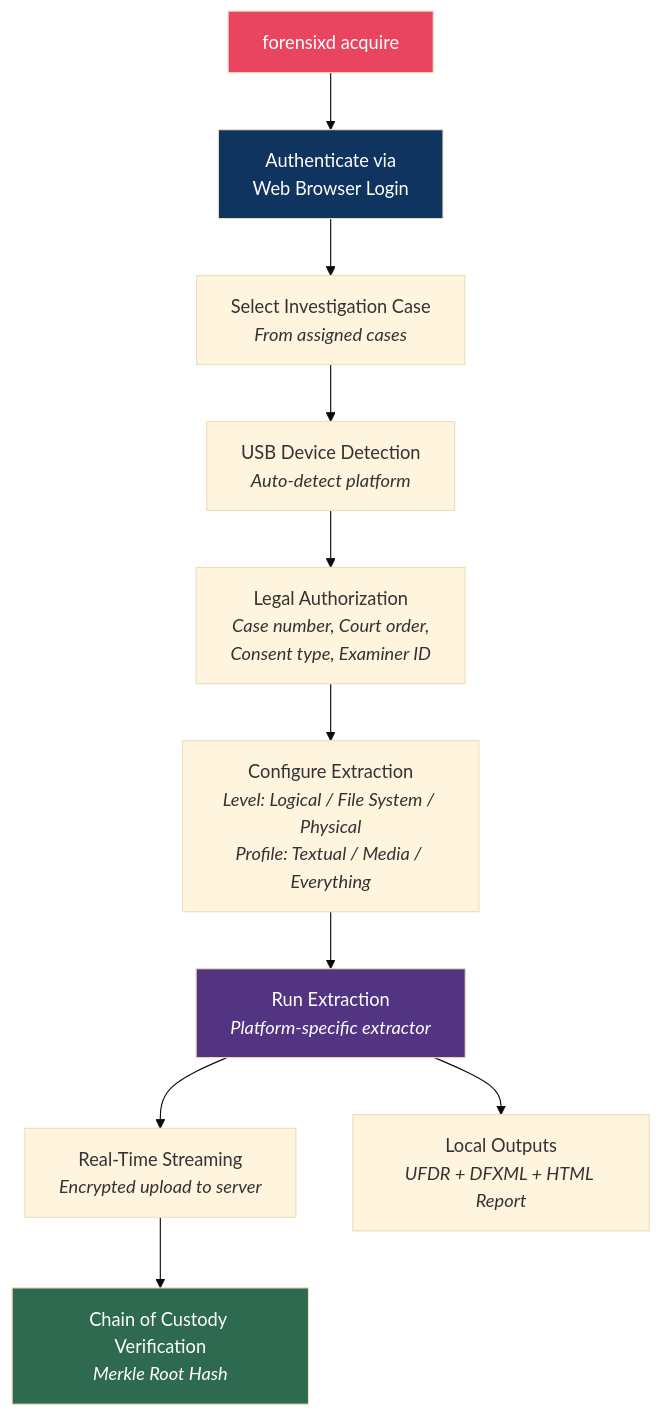
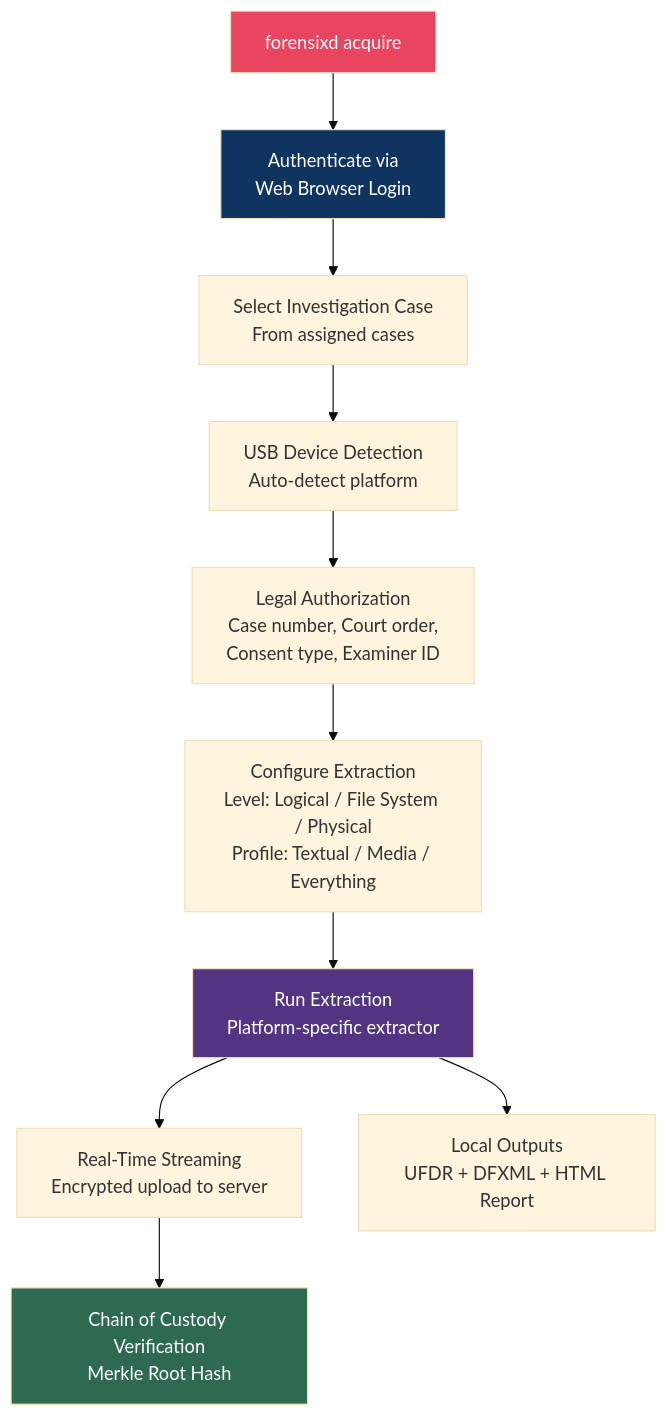
The fifth of 7 diagrams in README.md (beingbrijesh/CopSight), drawn with Mermaid (base theme) before and after one commit. The commit also changed other lines of this file and 4 other files, not shown here.

Commit message:
docs: Fix Mermaid diagram text cropping and add professional Contributors section

````diff
--- a/README.md
+++ b/README.md
@@ -223,17 +223,17 @@
 ```mermaid
 flowchart TD
     Start["forensixd acquire"] --> Auth["Authenticate via<br/>Web Browser Login"]
-    Auth --> Cases["Select Investigation Case<br/><i>From assigned cases</i>"]
-    Cases --> Detect["USB Device Detection<br/><i>Auto-detect platform</i>"]
-    Detect --> Consent["Legal Authorization<br/><i>Case number, Court order,<br/>Consent type, Examiner ID</i>"]
-    Consent --> Config["Configure Extraction<br/><i>Level: Logical / File System / Physical<br/>Profile: Textual / Media / Everything</i>"]
-    Config --> Extract["Run Extraction<br/><i>Platform-specific extractor</i>"]
-    Extract --> Stream["Real-Time Streaming<br/><i>Encrypted upload to server</i>"]
-    Extract --> Local["Local Outputs<br/><i>UFDR + DFXML + HTML Report</i>"]
-    Stream --> Verify["Chain of Custody Verification<br/><i>Merkle Root Hash</i>"]
+    Auth --> Cases["Select Investigation Case<br/>From assigned cases"]
+    Cases --> Detect["USB Device Detection<br/>Auto-detect platform"]
+    Detect --> Consent["Legal Authorization<br/>Case number, Court order,<br/>Consent type, Examiner ID"]
+    Consent --> Config["Configure Extraction<br/>Level: Logical / File System / Physical<br/>Profile: Textual / Media / Everything"]
+    Config --> Extract["Run Extraction<br/>Platform-specific extractor"]
+    Extract --> Stream["Real-Time Streaming<br/>Encrypted upload to server"]
+    Extract --> Local["Local Outputs<br/>UFDR + DFXML + HTML Report"]
+    Stream --> Verify["Chain of Custody Verification<br/>Merkle Root Hash"]
 
     style Start fill:#e94560,color:#fff
     style Auth fill:#0f3460,color:#fff
     style Extract fill:#533483,color:#fff
     style Verify fill:#2d6a4f,color:#fff
 ```
````
